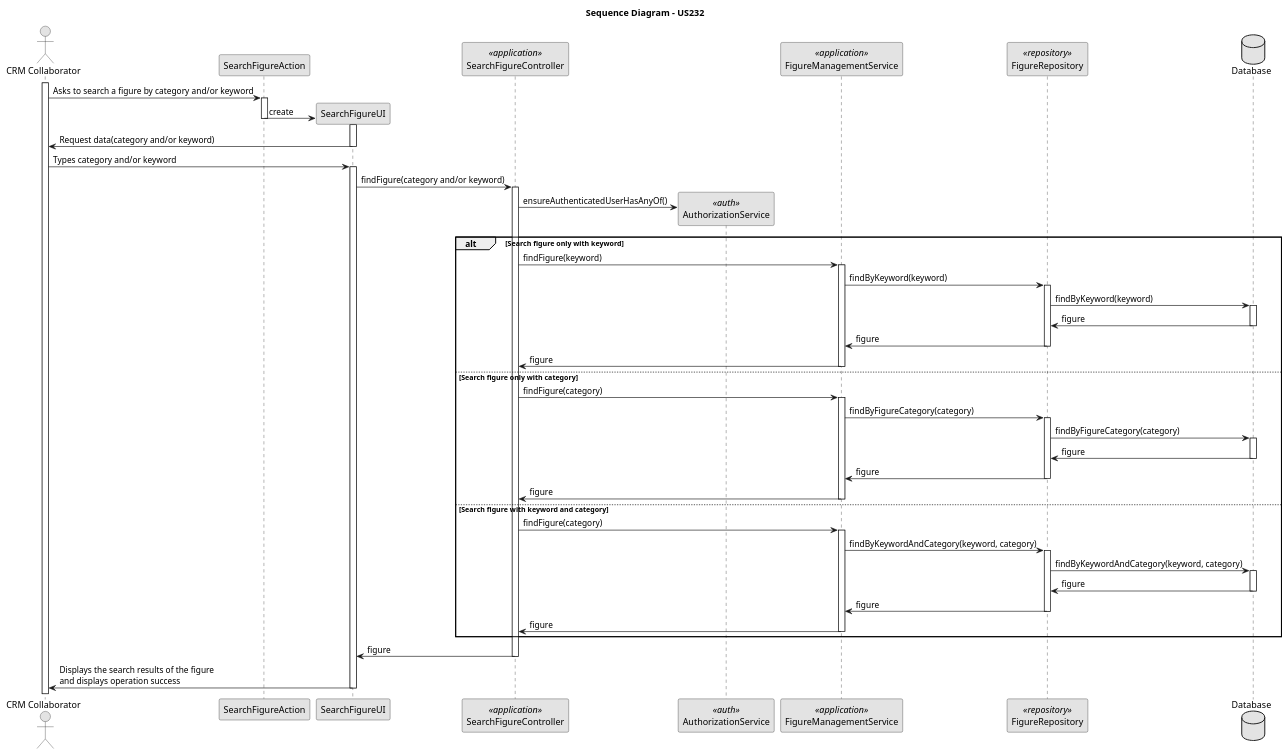
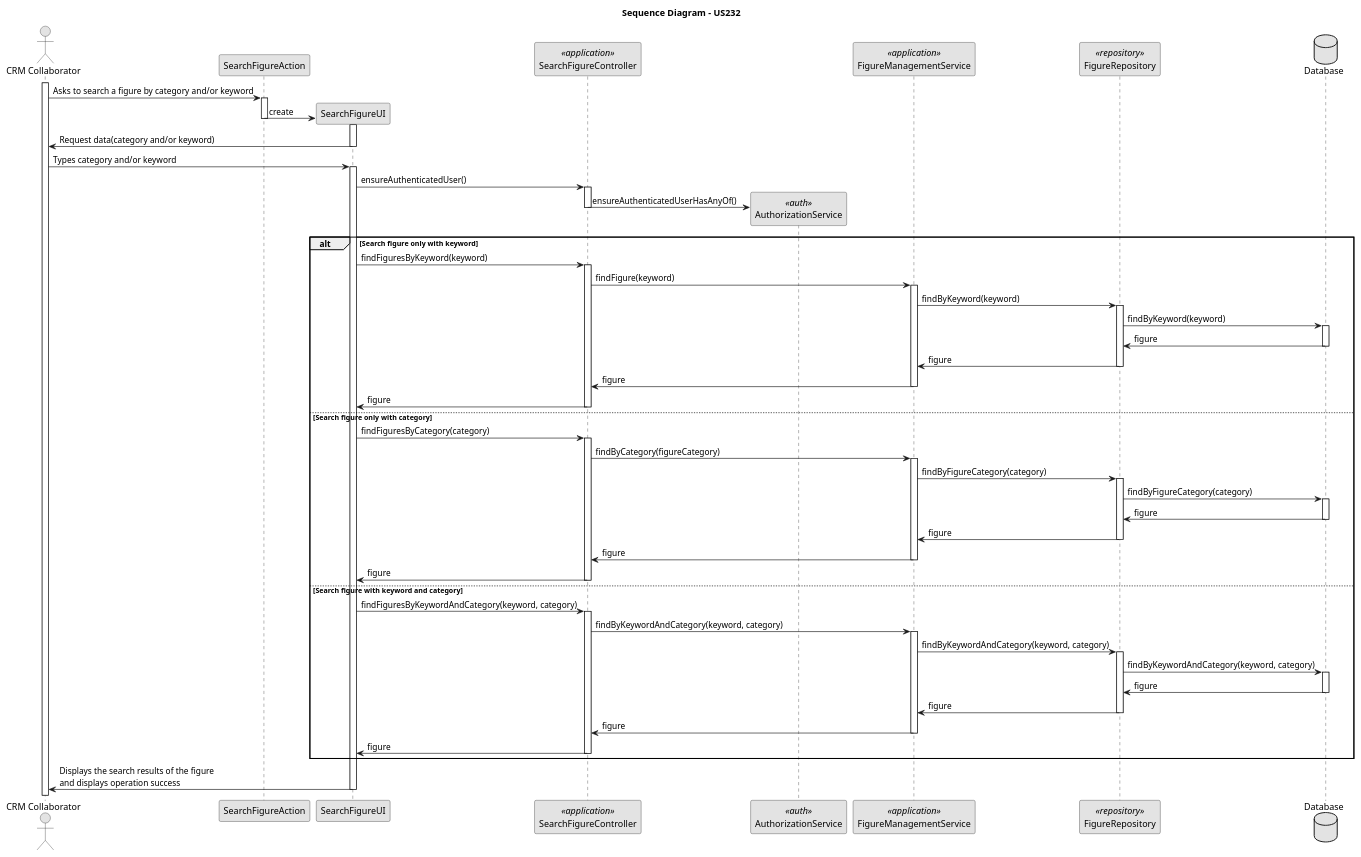
The diagram in docs/Sprint2/us_232/diagrams/sequence-diagram-US232.puml (rubenFreitas1/ISEP-LAPR4-2024-2025), drawn with PlantUML before and after one commit. The commit also changed 1 other file, not shown here.

```diff
--- a/docs/Sprint2/us_232/diagrams/sequence-diagram-US232.puml
+++ b/docs/Sprint2/us_232/diagrams/sequence-diagram-US232.puml
@@ -1,105 +1,119 @@
 @startuml
 skinparam monochrome true
 skinparam packageStyle rectangle
 skinparam shadowing false
 
 actor "CRM Collaborator" as crmCollaborator
 participant "SearchFigureAction" as ACTION
 participant "SearchFigureUI" as UI
 participant "SearchFigureController" as CTRL <<application>>
 participant "AuthorizationService" as AuthorizationService <<auth>>
 participant "FigureManagementService" as FigureManagementService <<application>>
 participant "FigureRepository" as FigureRepository <<repository>>
 database "Database" as Database
 
 title Sequence Diagram - US232
 
 activate crmCollaborator
 
     crmCollaborator -> ACTION : Asks to search a figure by category and/or keyword
     activate ACTION
 
         ACTION -> UI** : create
         deactivate ACTION
         activate UI
 
             UI -> crmCollaborator : Request data(category and/or keyword)
     deactivate UI
     crmCollaborator -> UI : Types category and/or keyword
 
     activate UI
 
-        UI -> CTRL : findFigure(category and/or keyword)
+        UI -> CTRL : ensureAuthenticatedUser()
         activate CTRL
 
             CTRL -> AuthorizationService** : ensureAuthenticatedUserHasAnyOf()
-            alt Search figure only with keyword
+        deactivate CTRL
 
-                CTRL -> FigureManagementService : findFigure(keyword)
-                activate FigureManagementService
+        alt Search figure only with keyword
+        UI -> CTRL : findFiguresByKeyword(keyword)
+        activate CTRL
 
-                    FigureManagementService -> FigureRepository : findByKeyword(keyword)
-                    activate FigureRepository
+            CTRL -> FigureManagementService : findFigure(keyword)
+            activate FigureManagementService
 
-                        FigureRepository -> Database : findByKeyword(keyword)
-                        activate Database
+                FigureManagementService -> FigureRepository : findByKeyword(keyword)
+                activate FigureRepository
 
-                            Database -> FigureRepository : figure
-                        deactivate Database
+                    FigureRepository -> Database : findByKeyword(keyword)
+                    activate Database
 
-                        FigureRepository -> FigureManagementService : figure
-                    deactivate FigureRepository
+                        Database -> FigureRepository : figure
+                    deactivate Database
 
-                    FigureManagementService -> CTRL : figure
-                deactivate FigureManagementService
+                    FigureRepository -> FigureManagementService : figure
+                deactivate FigureRepository
 
-            else Search figure only with category
-
-                CTRL -> FigureManagementService : findFigure(category)
-                activate FigureManagementService
-
-                    FigureManagementService -> FigureRepository : findByFigureCategory(category)
-                    activate FigureRepository
-
-                        FigureRepository -> Database : findByFigureCategory(category)
-                        activate Database
-
-                            Database -> FigureRepository : figure
-                        deactivate Database
-
-                        FigureRepository -> FigureManagementService : figure
-                    deactivate FigureRepository
-
-                    FigureManagementService -> CTRL : figure
-                deactivate FigureManagementService
-
-            else Search figure with keyword and category
-
-                CTRL -> FigureManagementService : findFigure(category)
-                activate FigureManagementService
-
-                    FigureManagementService -> FigureRepository : findByKeywordAndCategory(keyword, category)
-                    activate FigureRepository
-
-                        FigureRepository -> Database : findByKeywordAndCategory(keyword, category)
-                        activate Database
-
-                            Database -> FigureRepository : figure
-                        deactivate Database
-
-                        FigureRepository -> FigureManagementService : figure
-                    deactivate FigureRepository
-
-                    FigureManagementService -> CTRL : figure
-                deactivate FigureManagementService
-            end
+                FigureManagementService -> CTRL : figure
+            deactivate FigureManagementService
 
             CTRL -> UI : figure
         deactivate CTRL
 
+        else Search figure only with category
+        UI -> CTRL : findFiguresByCategory(category)
+        activate CTRL
+
+            CTRL -> FigureManagementService : findByCategory(figureCategory)
+            activate FigureManagementService
+
+                FigureManagementService -> FigureRepository : findByFigureCategory(category)
+                activate FigureRepository
+
+                    FigureRepository -> Database : findByFigureCategory(category)
+                    activate Database
+
+                        Database -> FigureRepository : figure
+                    deactivate Database
+
+                    FigureRepository -> FigureManagementService : figure
+                deactivate FigureRepository
+
+                FigureManagementService -> CTRL : figure
+            deactivate FigureManagementService
+
+            CTRL -> UI : figure
+        deactivate CTRL
+
+        else Search figure with keyword and category
+        UI -> CTRL : findFiguresByKeywordAndCategory(keyword, category)
+        activate CTRL
+
+            CTRL -> FigureManagementService : findByKeywordAndCategory(keyword, category)
+            activate FigureManagementService
+
+                FigureManagementService -> FigureRepository : findByKeywordAndCategory(keyword, category)
+                activate FigureRepository
+
+                    FigureRepository -> Database : findByKeywordAndCategory(keyword, category)
+                    activate Database
+
+                        Database -> FigureRepository : figure
+                    deactivate Database
+
+                    FigureRepository -> FigureManagementService : figure
+                deactivate FigureRepository
+
+                FigureManagementService -> CTRL : figure
+            deactivate FigureManagementService
+
+            CTRL -> UI : figure
+        deactivate CTRL
+
+        end
         UI -> crmCollaborator : Displays the search results of the figure \nand displays operation success
     deactivate UI
 
 
 
 @enduml
```
